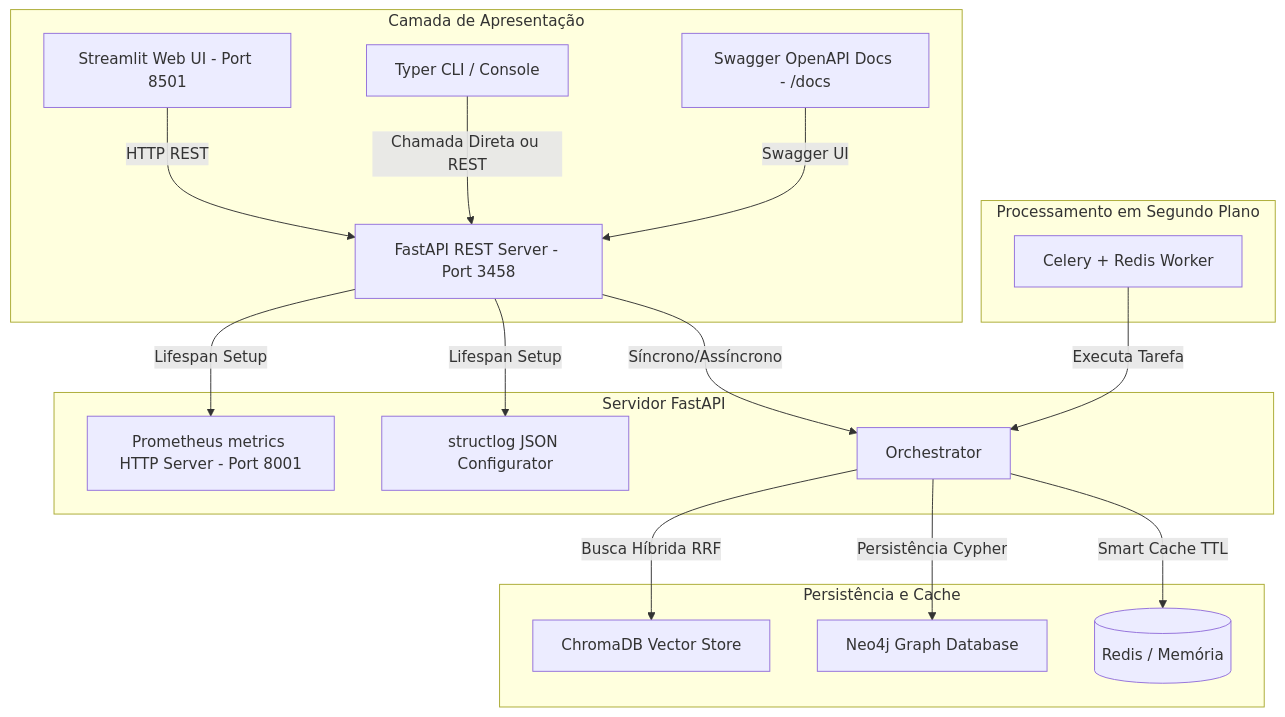
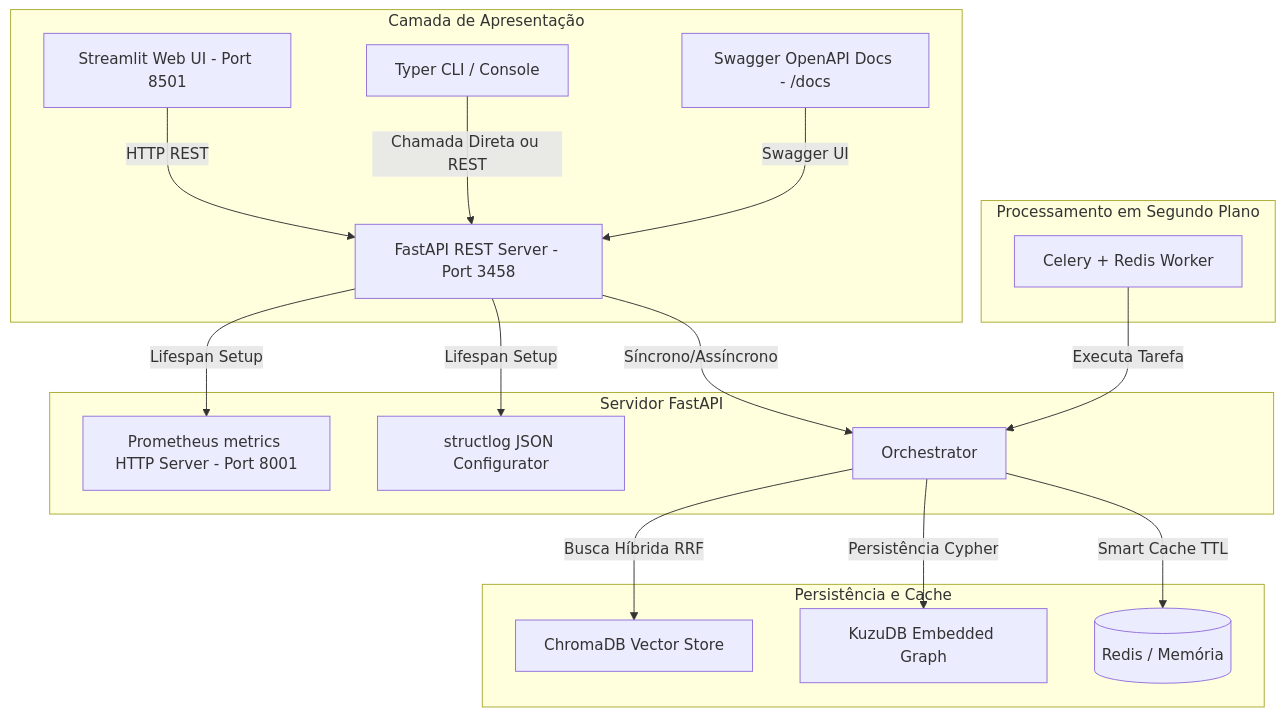
One commit to CarlosFrazao/smart-research-agent changed the diagram in README.md. Above: the diagram before and after it, drawn with Mermaid. The commit also changed other lines of this file and 39 other files, not shown here.

Commit message:
feat: implementa roadmap completo v6.3.0 (KuzuDB, VerificationStage, ReAct e Conectores Enterprise)

````diff
--- a/README.md
+++ b/README.md
@@ -9,24 +9,24 @@
 ```mermaid
 flowchart TD
     subgraph Client_Apps [Camada de Apresentação]
         A1[Streamlit Web UI - Port 8501] -->|HTTP REST| B[FastAPI REST Server - Port 3458]
         A2[Typer CLI / Console] -->|Chamada Direta ou REST| B
         A3[Swagger OpenAPI Docs - /docs] -->|Swagger UI| B
     end
 
     subgraph Service_API [Servidor FastAPI]
         B -->|Lifespan Setup| C1[Prometheus metrics HTTP Server - Port 8001]
         B -->|Lifespan Setup| C2[structlog JSON Configurator]
         B -->|Síncrono/Assíncrono| D[Orchestrator]
     end
 
     subgraph Background_Workers [Processamento em Segundo Plano]
         CeleryWorker[Celery + Redis Worker] -->|Executa Tarefa| D
     end
 
     subgraph Data_Storage [Persistência e Cache]
         D -->|Busca Híbrida RRF| VectorDB[ChromaDB Vector Store]
-        D -->|Persistência Cypher| GraphDB[Neo4j Graph Database]
+        D -->|Persistência Cypher| GraphDB[KuzuDB Embedded Graph]
         D -->|Smart Cache TTL| CacheDB[(Redis / Memória)]
     end
 ```
````
